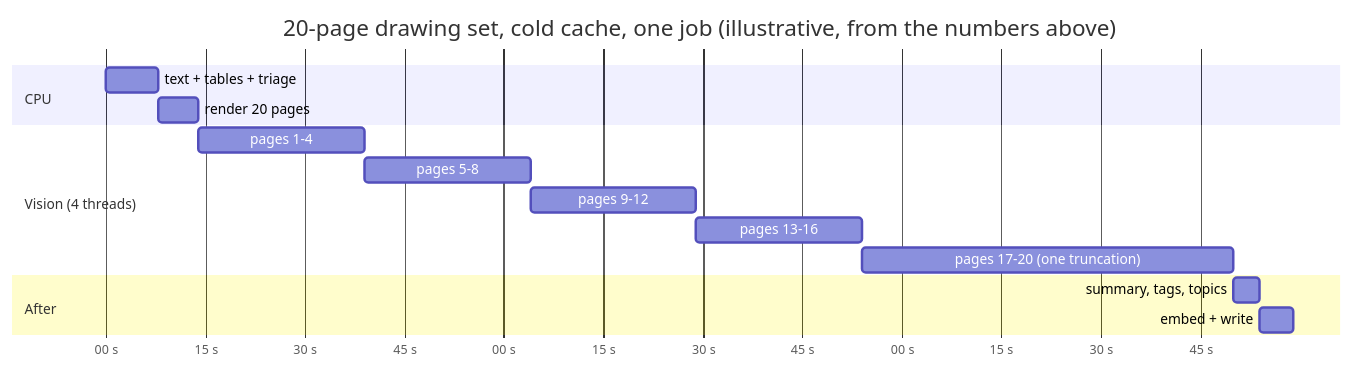
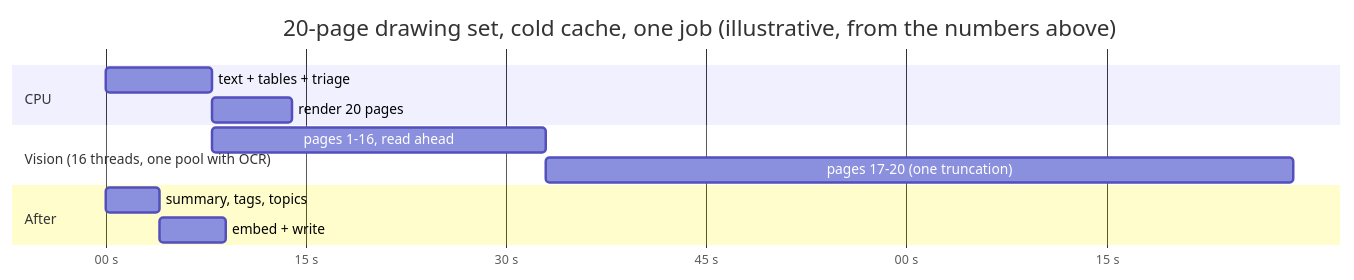
One commit to archos-at/archos changed the fourth of 7 diagrams in docs/architecture/ingestion-pipeline.md. Above: the diagram before and after it, drawn with Mermaid. The commit also changed other lines of this file and 25 other files, not shown here.

````diff
--- a/docs/architecture/ingestion-pipeline.md
+++ b/docs/architecture/ingestion-pipeline.md
@@ -212,18 +232,15 @@
 ```mermaid
 gantt
   dateFormat  s
   axisFormat  %S s
   title 20-page drawing set, cold cache, one job (illustrative, from the numbers above)
   section CPU
   text + tables + triage        :a1, 0, 8s
   render 20 pages               :a2, after a1, 6s
-  section Vision (4 threads)
-  pages 1-4                     :v1, after a2, 25s
-  pages 5-8                     :v2, after v1, 25s
-  pages 9-12                    :v3, after v2, 25s
-  pages 13-16                   :v4, after v3, 25s
-  pages 17-20 (one truncation)  :v5, after v4, 56s
+  section Vision (16 threads, one pool with OCR)
+  pages 1-16, read ahead         :v1, after a1, 25s
+  pages 17-20 (one truncation)   :v2, after v1, 56s
   section After
   summary, tags, topics         :s1, after v5, 4s
   embed + write                 :s2, after s1, 5s
 ```
````
